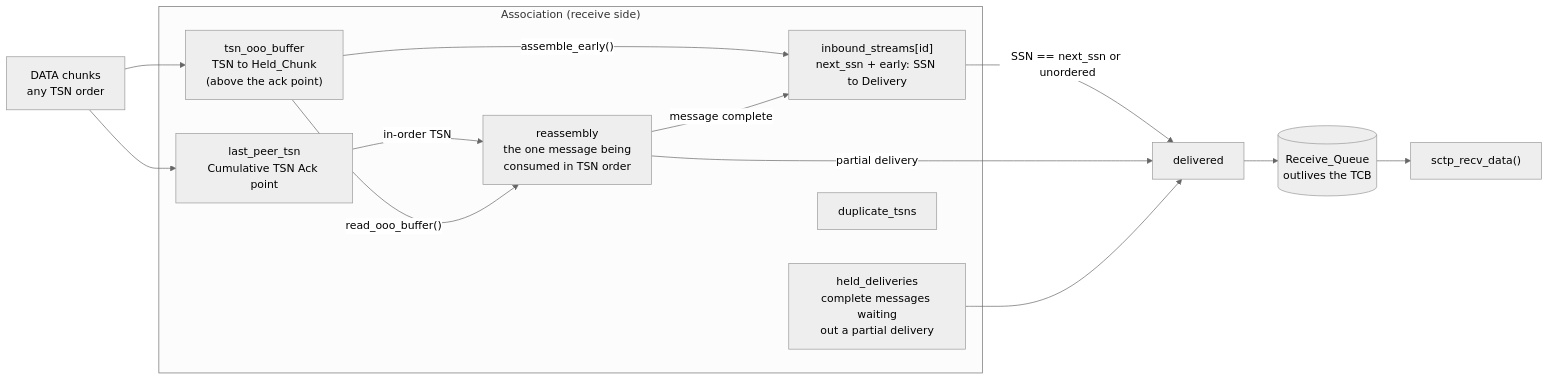
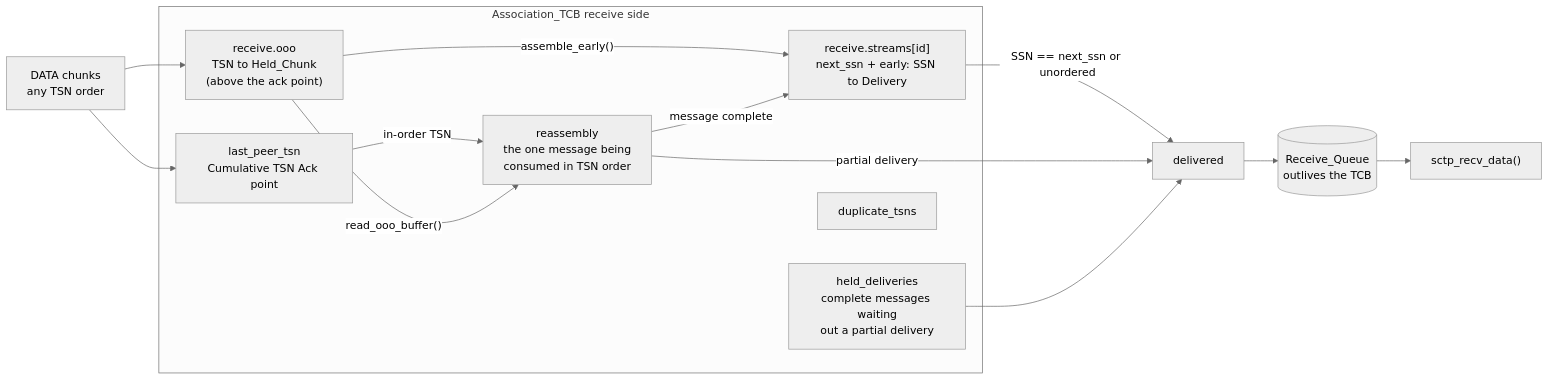
The fourth of 11 diagrams in docs/devs/04-inbound.md (ethanallenfernandez/sctp-stack), drawn with Mermaid (neutral theme) before and after one commit. The commit also changed other lines of this file and 38 other files, not shown here.

````diff
--- a/docs/devs/04-inbound.md
+++ b/docs/devs/04-inbound.md
@@ -207,24 +207,24 @@
 ```mermaid
 flowchart LR
     wire["DATA chunks<br/>any TSN order"] --> ooo
     wire --> cum
 
-    subgraph TCB["Association (receive side)"]
+    subgraph TCB["Association_TCB receive side"]
         cum["last_peer_tsn<br/>Cumulative TSN Ack point"]
-        ooo["tsn_ooo_buffer<br/>TSN to Held_Chunk<br/>(above the ack point)"]
+        ooo["receive.ooo<br/>TSN to Held_Chunk<br/>(above the ack point)"]
         re["reassembly<br/>the one message being<br/>consumed in TSN order"]
-        st["inbound_streams[id]<br/>next_ssn + early: SSN to Delivery"]
+        st["receive.streams[id]<br/>next_ssn + early: SSN to Delivery"]
         hd["held_deliveries<br/>complete messages waiting<br/>out a partial delivery"]
         dup["duplicate_tsns"]
     end
 
     cum -- "in-order TSN" --> re
     ooo -- "read_ooo_buffer()" --> re
     ooo -- "assemble_early()" --> st
     re -- "message complete" --> st
     st -- "SSN == next_ssn or unordered" --> out["delivered"]
     re -- "partial delivery" --> out
     hd --> out
     out --> rq[("Receive_Queue<br/>outlives the TCB")]
     rq --> ulp["sctp_recv_data()"]
 ```
````
